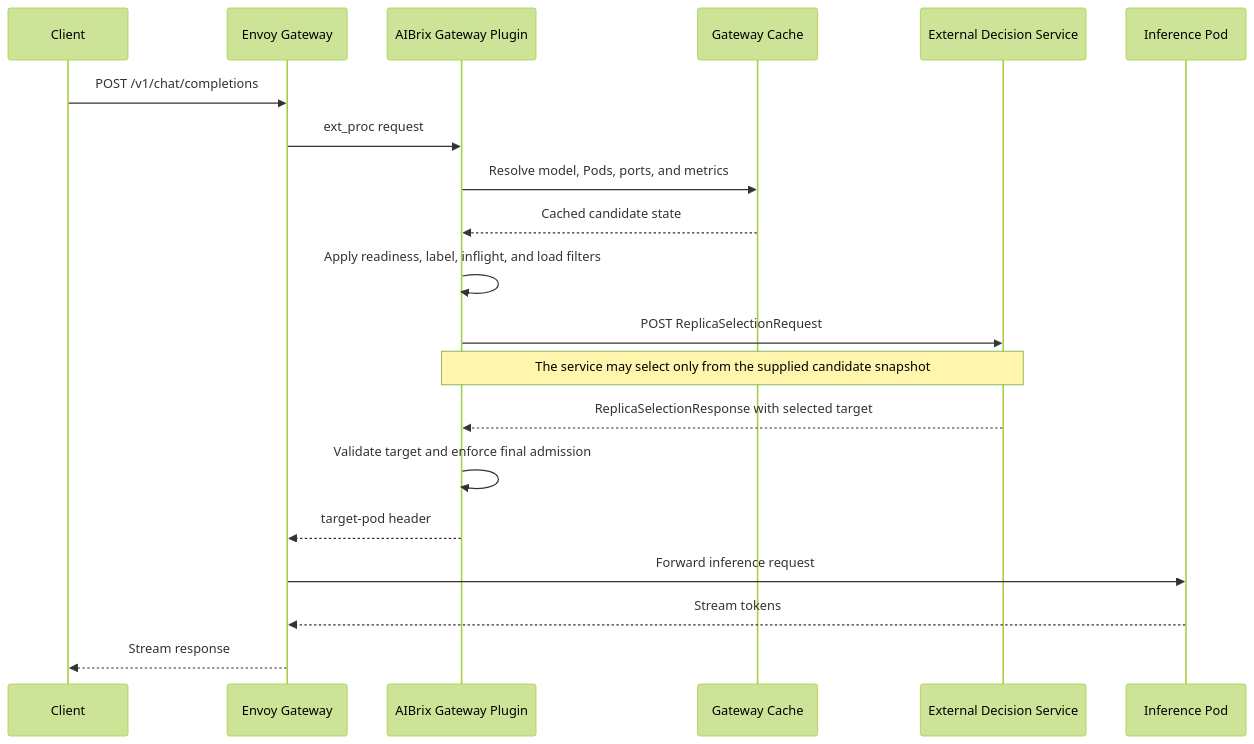
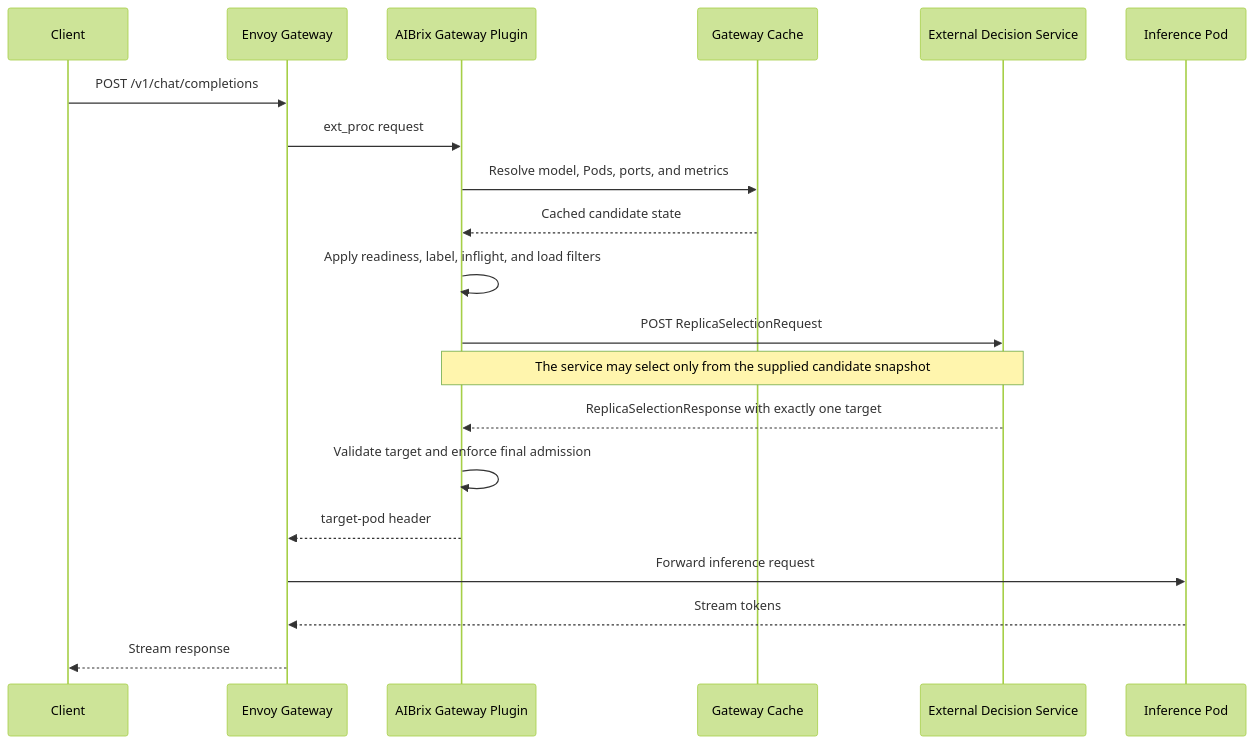
The diagram in docs/source/features/external-replica-routing.rst (vllm-project/aibrix), drawn with Mermaid (forest theme) before and after one commit. The commit also changed other lines of this file and 16 other files, not shown here.

```diff
--- a/docs/source/features/external-replica-routing.rst
+++ b/docs/source/features/external-replica-routing.rst
@@ -25,23 +36,23 @@
 .. mermaid::
 
    sequenceDiagram
        participant Client
        participant Envoy as Envoy Gateway
        participant Gateway as AIBrix Gateway Plugin
        participant Cache as Gateway Cache
        participant Decision as External Decision Service
        participant Pod as Inference Pod
 
        Client->>Envoy: POST /v1/chat/completions
        Envoy->>Gateway: ext_proc request
        Gateway->>Cache: Resolve model, Pods, ports, and metrics
        Cache-->>Gateway: Cached candidate state
        Gateway->>Gateway: Apply readiness, label, inflight, and load filters
        Gateway->>Decision: POST ReplicaSelectionRequest
        Note over Gateway,Decision: The service may select only from the supplied candidate snapshot
-       Decision-->>Gateway: ReplicaSelectionResponse with selected target
+       Decision-->>Gateway: ReplicaSelectionResponse with exactly one target
        Gateway->>Gateway: Validate target and enforce final admission
        Gateway-->>Envoy: target-pod header
        Envoy->>Pod: Forward inference request
        Pod-->>Envoy: Stream tokens
        Envoy-->>Client: Stream response
```
